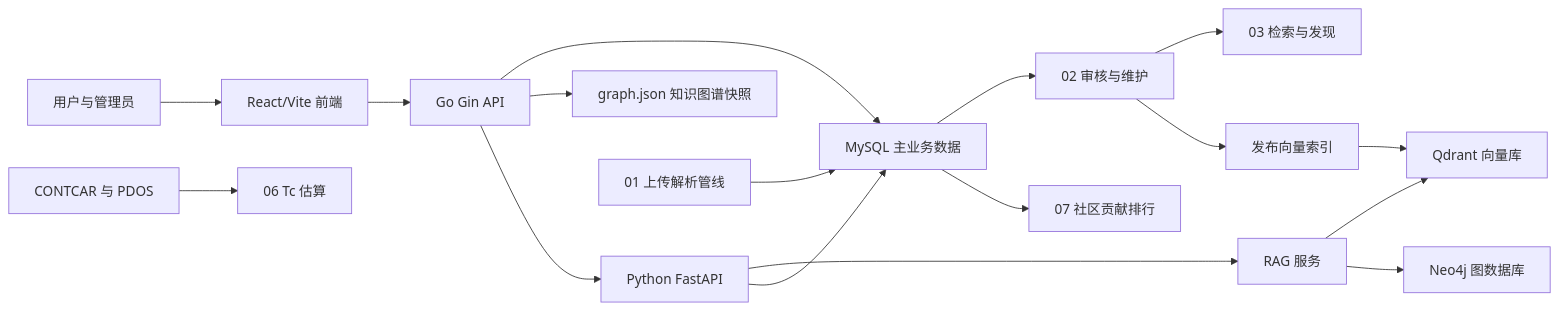
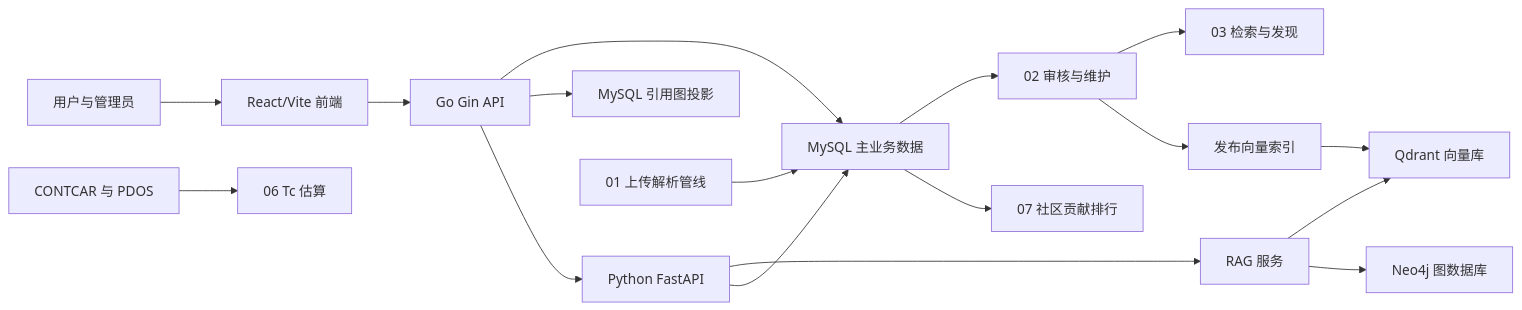
Before and after one commit to JLU-ICCMS-MaYuan/Conventional-SC-Dataset: the diagram in docs/overview/README.md, drawn with Mermaid. The commit also changed other lines of this file and 52 other files, not shown here.

````diff
--- a/docs/overview/README.md
+++ b/docs/overview/README.md
@@ -24,18 +24,18 @@
 ```mermaid
 flowchart LR
     U["用户与管理员"] --> FE["React/Vite 前端"]
     FE --> GO["Go Gin API"]
     GO --> DB["MySQL 主业务数据"]
-    GO --> KGJSON["graph.json 知识图谱快照"]
+    GO --> KGDB["MySQL 引用图投影"]
     GO --> PY["Python FastAPI"]
     PY --> RAG["RAG 服务"]
     RAG --> QD["Qdrant 向量库"]
     RAG --> NEO["Neo4j 图数据库"]
     PY --> DB
     UP["01 上传解析管线"] --> DB
     DB --> RV["02 审核与维护"]
     RV --> Q["03 检索与发现"]
     RV --> PUB["发布向量索引"] --> QD
     DB --> V["07 社区贡献排行"]
     F["CONTCAR 与 PDOS"] --> T["06 Tc 估算"]
 ```
````
